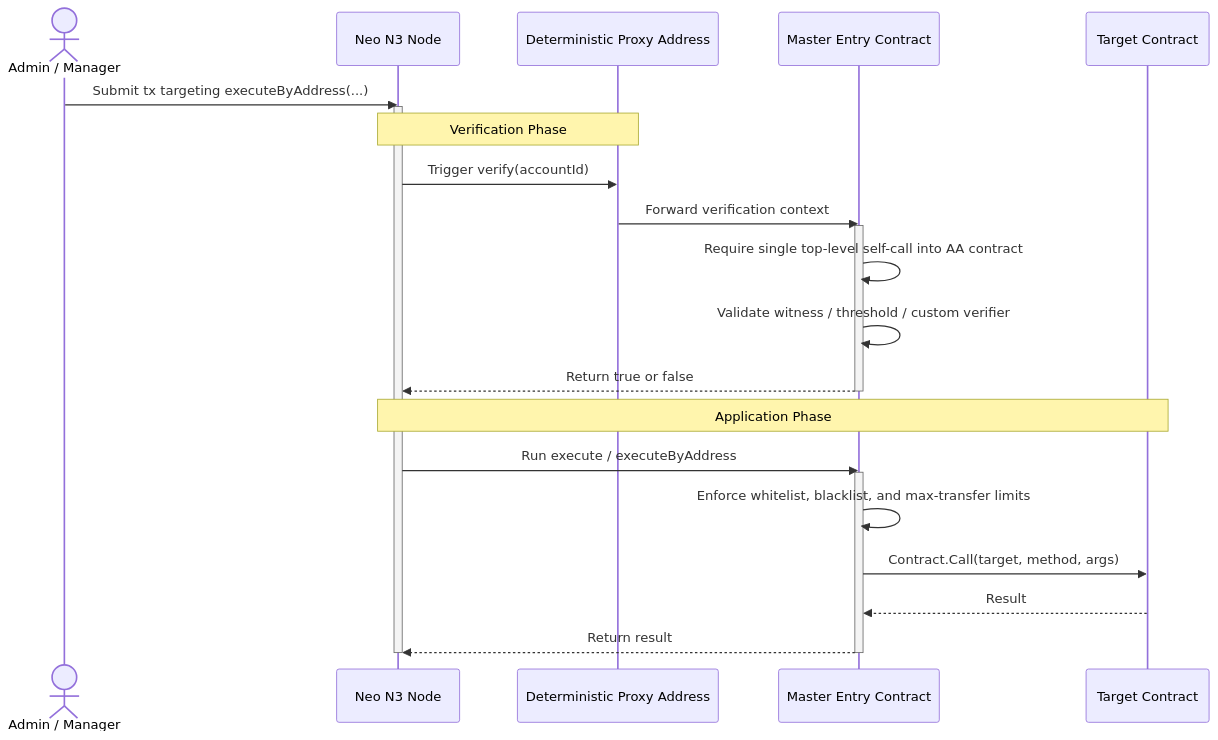
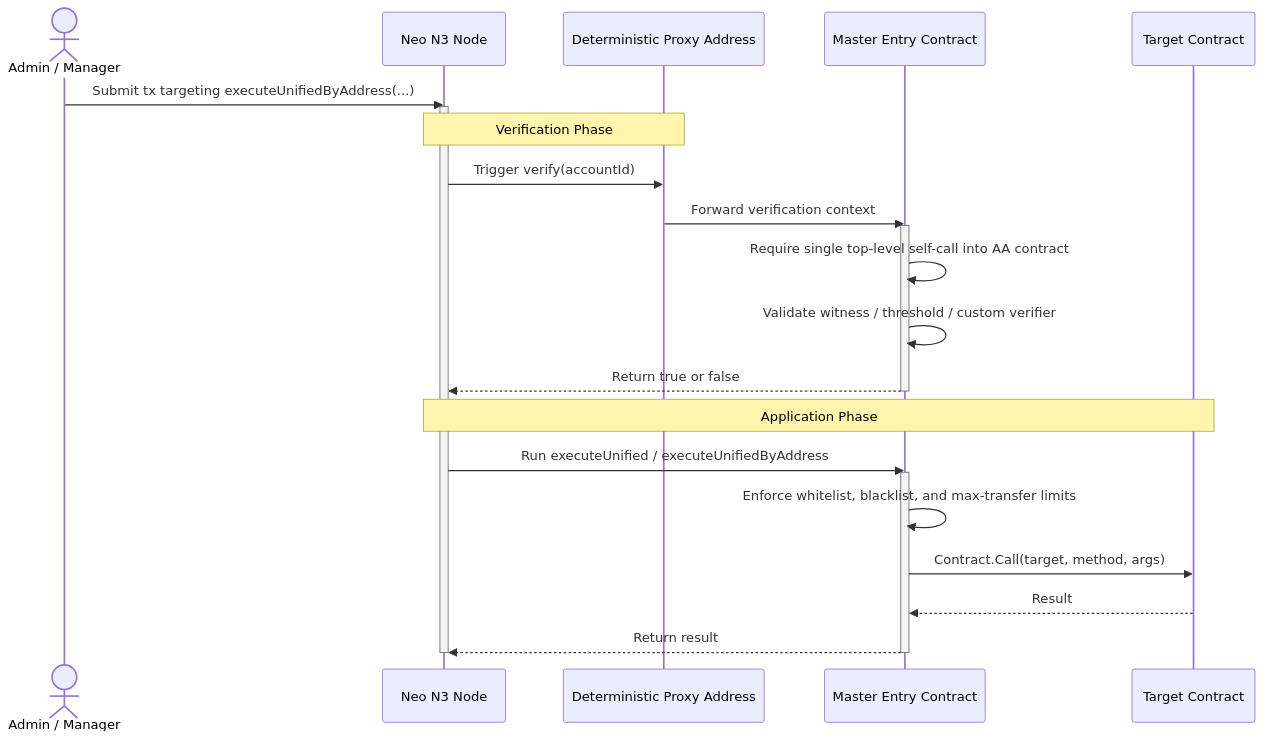
Before and after one commit to r3e-network/neo-abstract-account: the third of 4 diagrams in frontend/src/assets/docs/workflow.md, drawn with Mermaid. The commit also changed other lines of this file and 71 other files, not shown here.

````diff
--- a/frontend/src/assets/docs/workflow.md
+++ b/frontend/src/assets/docs/workflow.md
@@ -78,30 +78,30 @@
 ```mermaid
 sequenceDiagram
     actor Signer as Admin / Manager
     participant Node as Neo N3 Node
     participant Proxy as Deterministic Proxy Address
     participant Master as Master Entry Contract
     participant Target as Target Contract
 
-    Signer->>Node: Submit tx targeting executeByAddress(...)
+    Signer->>Node: Submit tx targeting executeUnifiedByAddress(...)
     activate Node
 
     Note over Node,Proxy: Verification Phase
     Node->>Proxy: Trigger verify(accountId)
     Proxy->>Master: Forward verification context
     activate Master
     Master->>Master: Require single top-level self-call into AA contract
     Master->>Master: Validate witness / threshold / custom verifier
     Master-->>Node: Return true or false
     deactivate Master
 
     Note over Node,Target: Application Phase
-    Node->>Master: Run execute / executeByAddress
+    Node->>Master: Run executeUnified / executeUnifiedByAddress
     activate Master
     Master->>Master: Enforce whitelist, blacklist, and max-transfer limits
     Master->>Target: Contract.Call(target, method, args)
     Target-->>Master: Result
     Master-->>Node: Return result
     deactivate Master
     deactivate Node
 ```
````
